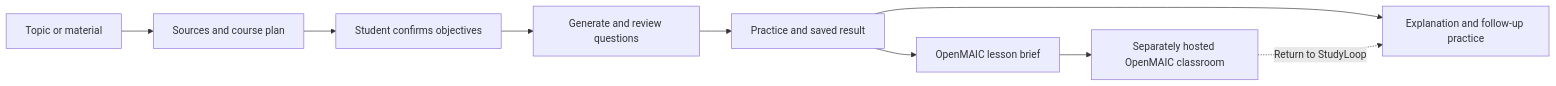
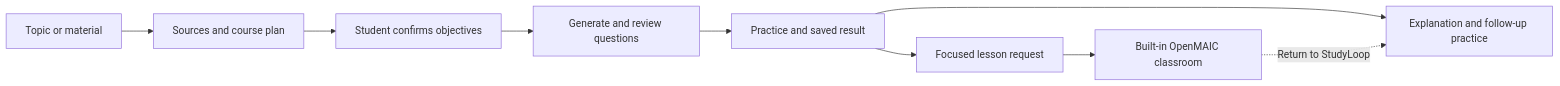
Before and after one commit to win223909/studyloop: the diagram in README.md, drawn with Mermaid. The commit also changed other lines of this file and 83 other files, not shown here.

Commit message:
feat: bundle OpenMAIC classrooms with unified model settings

````diff
--- a/README.md
+++ b/README.md
@@ -68,11 +72,11 @@
 ```mermaid
 flowchart LR
   A[Topic or material] --> B[Sources and course plan]
   B --> C[Student confirms objectives]
   C --> D[Generate and review questions]
   D --> E[Practice and saved result]
   E --> F[Explanation and follow-up practice]
-  E --> G[OpenMAIC lesson brief]
-  G --> H[Separately hosted OpenMAIC classroom]
+  E --> G[Focused lesson request]
+  G --> H[Built-in OpenMAIC classroom]
   H -. Return to StudyLoop .-> F
 ```
````
